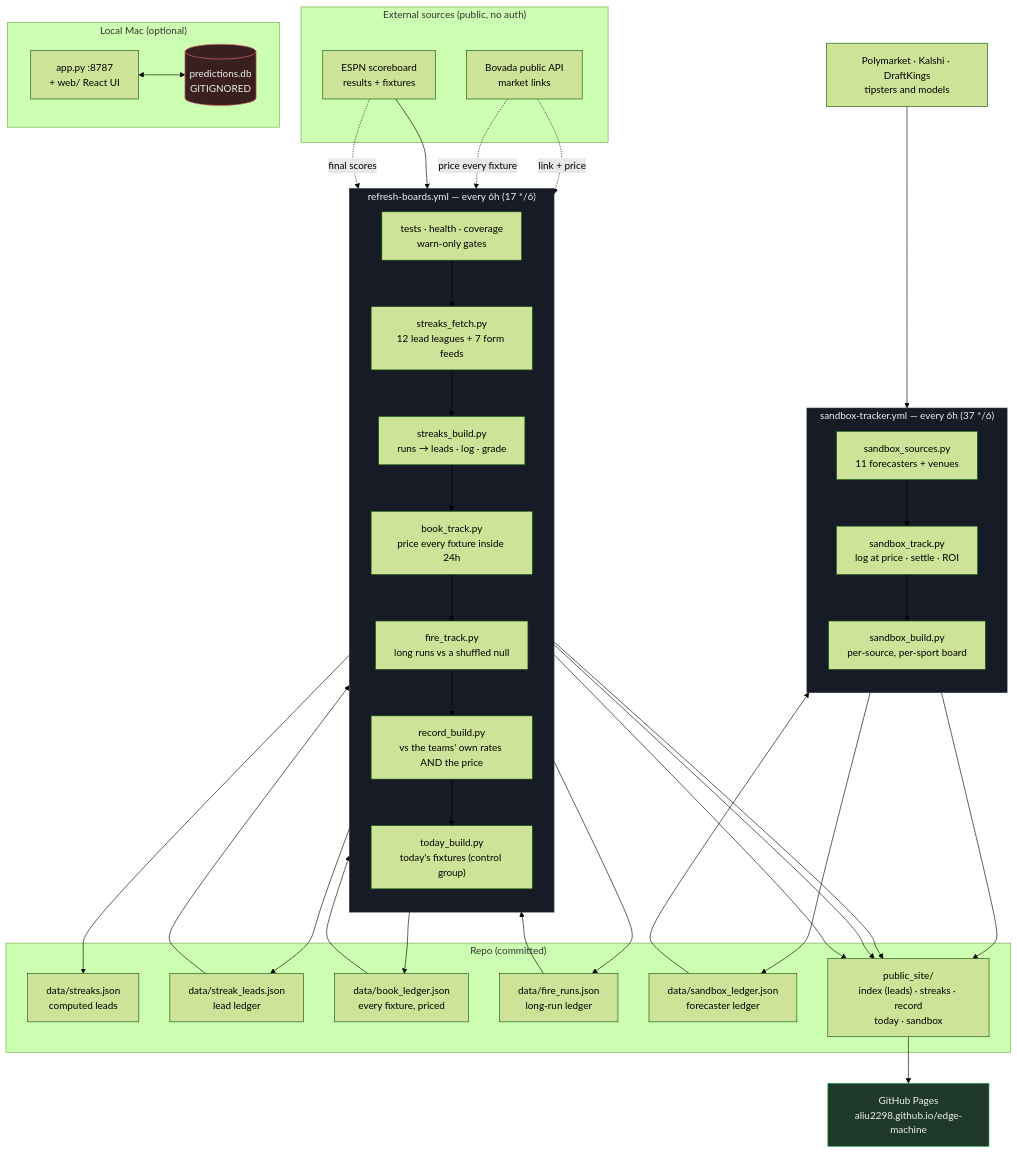
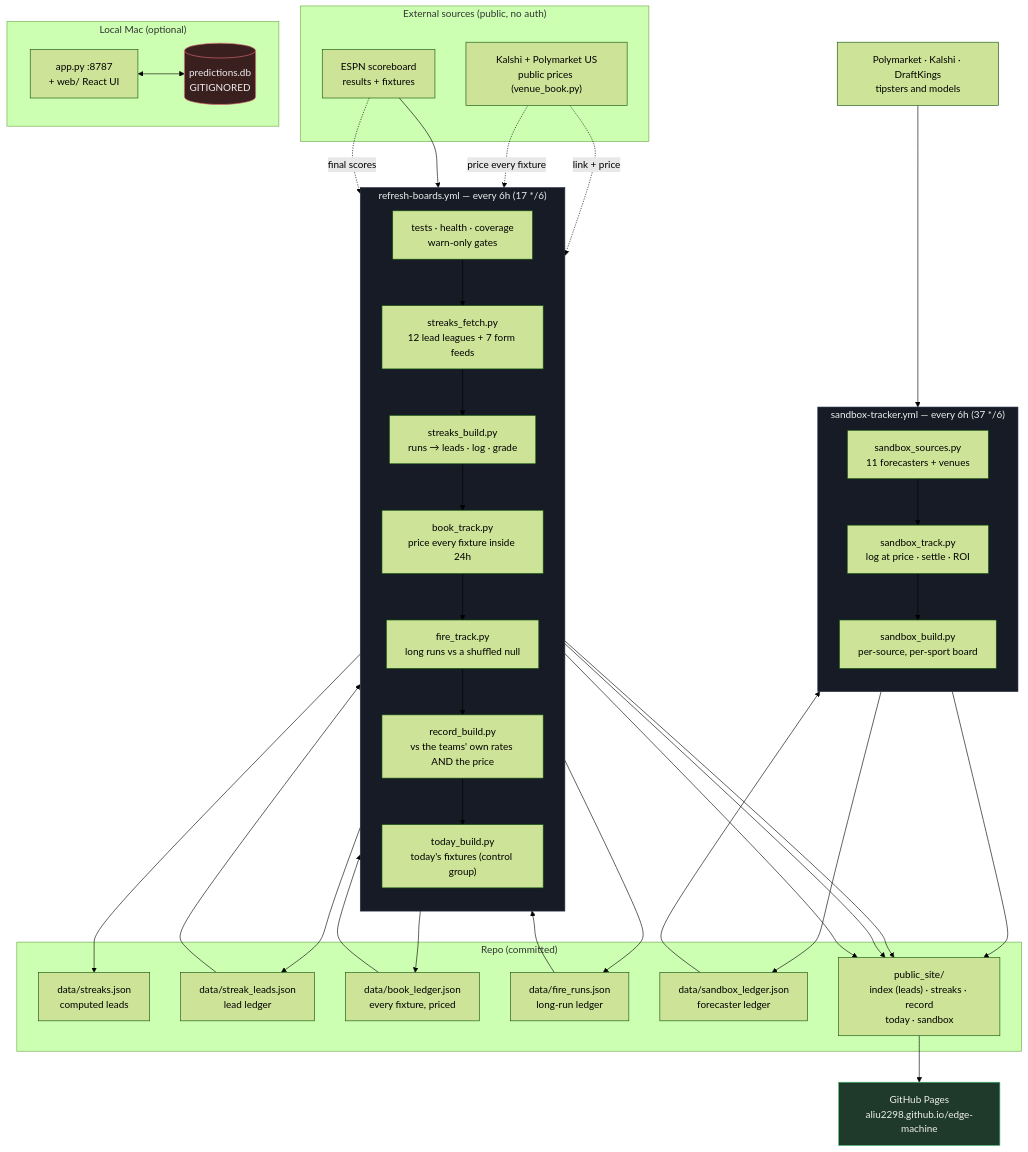
Before and after one commit to aliu2298/edge-machine: the diagram in README.md, drawn with Mermaid (forest theme). The commit also changed other lines of this file and 9 other files, not shown here.

First line of the commit message:
Price leads and the book ledger on Kalshi and Polymarket US; retire Bovada

````diff
--- a/README.md
+++ b/README.md
@@ -20,65 +20,65 @@
 ```mermaid
 flowchart TB
     subgraph CI["refresh-boards.yml — every 6h (17 */6)"]
         direction TB
         TS["tests · health · coverage<br/>warn-only gates"]
         SF["streaks_fetch.py<br/>12 lead leagues + 7 form feeds"]
         SB["streaks_build.py<br/>runs → leads · log · grade"]
         BT["book_track.py<br/>price every fixture inside 24h"]
         FT["fire_track.py<br/>long runs vs a shuffled null"]
         RB["record_build.py<br/>vs the teams' own rates AND the price"]
         TD["today_build.py<br/>today's fixtures (control group)"]
         TS --> SF --> SB --> BT --> FT --> RB --> TD
     end
 
     subgraph SX["sandbox-tracker.yml — every 6h (37 */6)"]
         direction TB
         SS["sandbox_sources.py<br/>11 forecasters + venues"]
         ST["sandbox_track.py<br/>log at price · settle · ROI"]
         SBD["sandbox_build.py<br/>per-source, per-sport board"]
         SS --> ST --> SBD
     end
 
     subgraph EXT["External sources (public, no auth)"]
-        BOV["Bovada public API<br/>market links"]
+        BOV["Kalshi + Polymarket US<br/>public prices (venue_book.py)"]
         ESPN["ESPN scoreboard<br/>results + fixtures"]
     end
 
     subgraph REPO["Repo (committed)"]
         SJ["data/streaks.json<br/>computed leads"]
         SLJ["data/streak_leads.json<br/>lead ledger"]
         BLJ["data/book_ledger.json<br/>every fixture, priced"]
         FRJ["data/fire_runs.json<br/>long-run ledger"]
         SXJ["data/sandbox_ledger.json<br/>forecaster ledger"]
         OUT["public_site/<br/>index (leads) · streaks · record<br/>today · sandbox"]
     end
 
     subgraph LOCAL["Local Mac (optional)"]
         APP["app.py :8787<br/>+ web/ React UI"]
         DB[("predictions.db<br/>GITIGNORED")]
         APP <--> DB
     end
 
     BOV -.link + price.-> SB
     BOV -.price every fixture.-> BT
     ESPN --> SF
     ESPN -.final scores.-> SB
     MKT["Polymarket · Kalshi · DraftKings<br/>tipsters and models"] --> SS
 
     SB --> SJ
     SB --> SLJ --> RB
     BT --> BLJ --> RB
     FT --> FRJ --> RB
     ST --> SXJ --> SBD
     SB --> OUT
     RB --> OUT
     TD --> OUT
     SBD --> OUT
 
     OUT --> PAGES["GitHub Pages<br/>aliu2298.github.io/edge-machine"]
 
     style DB fill:#3a1f1f,stroke:#e06c75,color:#eee
     style PAGES fill:#1f3a2a,stroke:#3fb970,color:#eee
     style CI fill:#161b26,stroke:#2b3245,color:#eee
     style SX fill:#161b26,stroke:#2b3245,color:#eee
 ```
````
